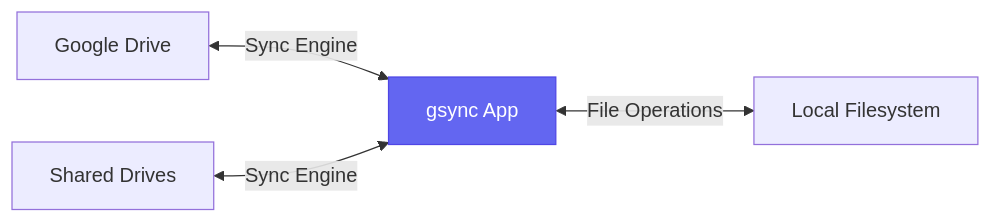
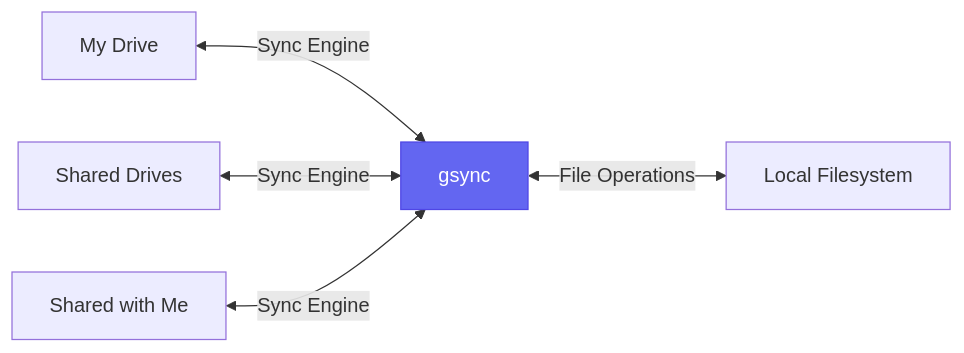
One commit to jpurusho/gdrive changed the first of 2 diagrams in README.md. Above: the diagram before and after it, drawn with Mermaid. The commit also changed other lines of this file, not shown here.

````diff
--- a/README.md
+++ b/README.md
@@ -5,8 +5,9 @@
 ```mermaid
 graph LR
-    A[Google Drive] <-->|Sync Engine| B[gsync App]
-    B <-->|File Operations| C[Local Filesystem]
-    D[Shared Drives] <-->|Sync Engine| B
+    A[My Drive] <-->|Sync Engine| B[gsync]
+    C[Shared Drives] <-->|Sync Engine| B
+    D[Shared with Me] <-->|Sync Engine| B
+    B <-->|File Operations| E[Local Filesystem]
 
     style B fill:#6366f1,stroke:#4f46e5,color:#fff
 ```
````
